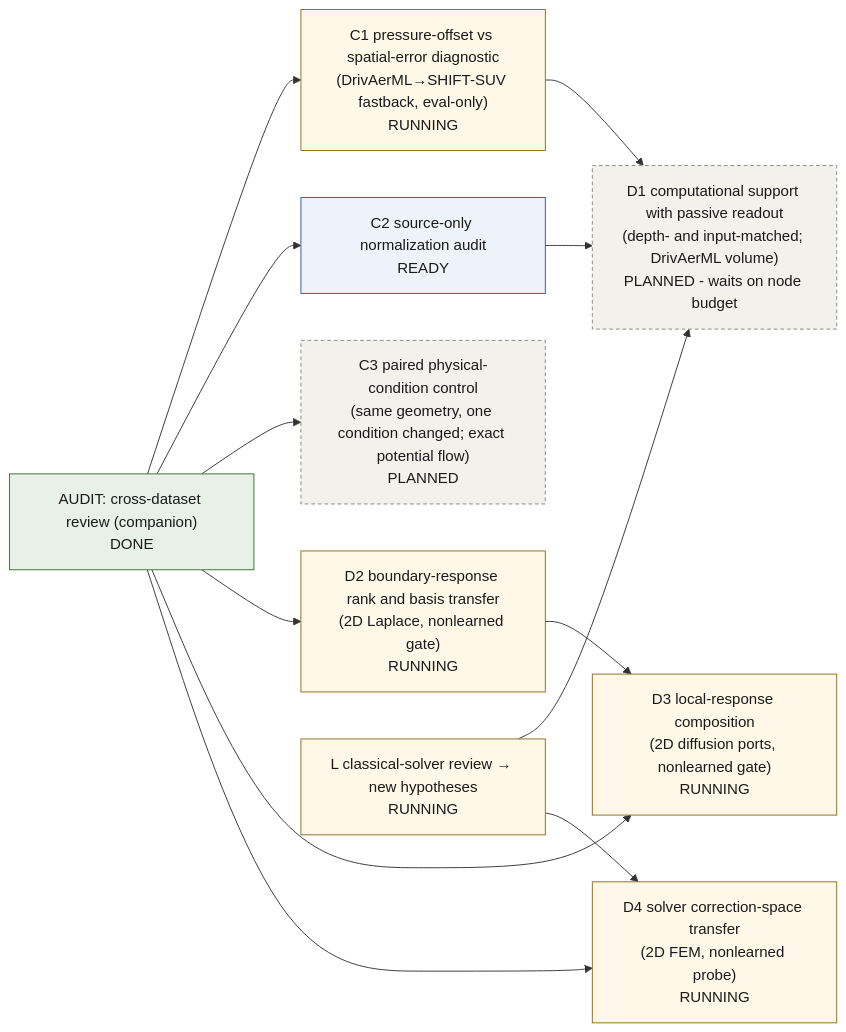
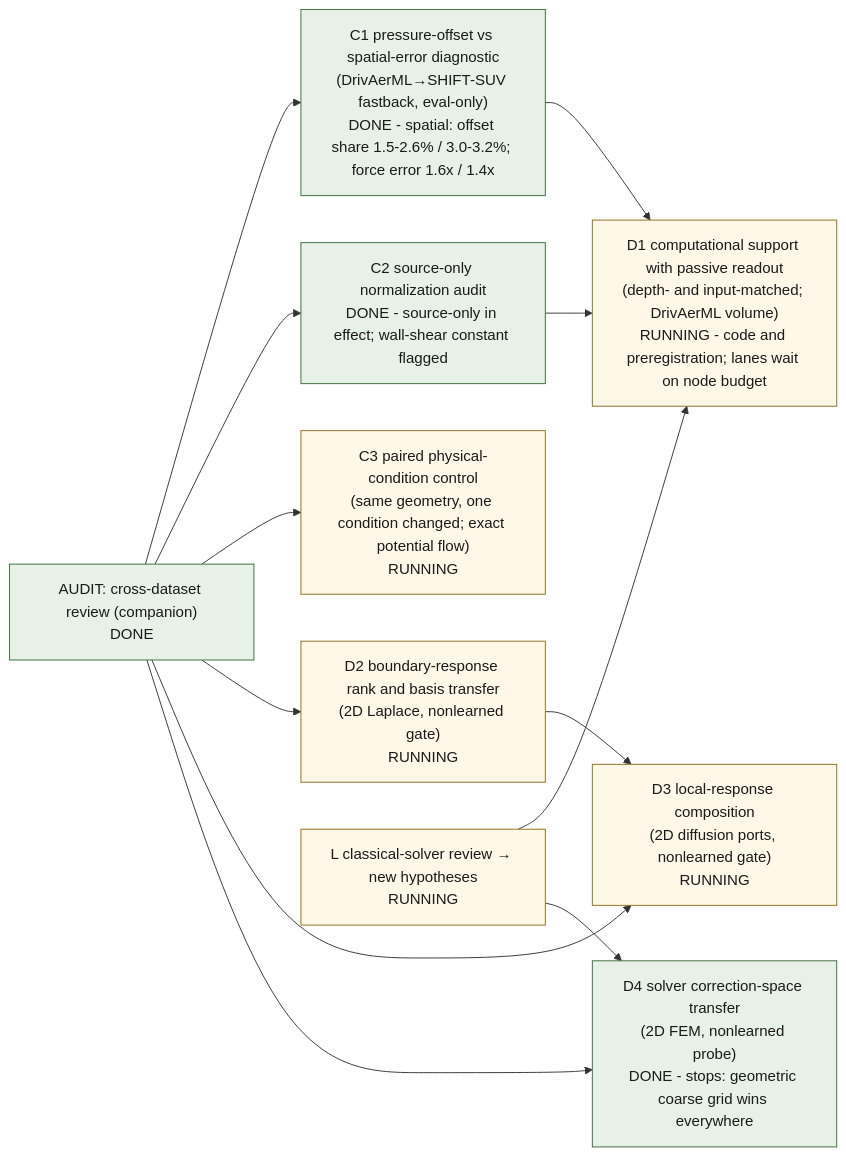
One commit to peterdsharpe/modulus changed the diagram in examples/cfd/mesh_transformer/research/transfer_program/index.qmd. Above: the diagram before and after it, drawn with Mermaid. The commit also changed other lines of this file and 5 other files, not shown here.

Commit message:
Transfer program: C1 spatial verdict (offset closed), C2 normalization audit, D4 solver-space chapter, classical-solver review chapter

````diff
--- a/examples/cfd/mesh_transformer/research/transfer_program/index.qmd
+++ b/examples/cfd/mesh_transformer/research/transfer_program/index.qmd
@@ -36,27 +36,27 @@
 ```{mermaid}
 flowchart LR
   classDef done fill:#e8f1e8,stroke:#3a6b3a,color:#1a1a1a
   classDef running fill:#fff8e8,stroke:#8a6d1a,color:#1a1a1a
   classDef ready fill:#eef3fb,stroke:#2a5ba8,color:#1a1a1a
   classDef planned fill:#f2f1ec,stroke:#898781,color:#1a1a1a,stroke-dasharray:4 3
   AUDIT["AUDIT: cross-dataset review (companion)<br/>DONE"]:::done
-  POFF["C1 pressure-offset vs spatial-error diagnostic<br/>(DrivAerML→SHIFT-SUV fastback, eval-only)<br/>RUNNING"]:::running
-  SNORM["C2 source-only normalization audit<br/>READY"]:::ready
-  PAIR["C3 paired physical-condition control<br/>(same geometry, one condition changed; exact potential flow)<br/>PLANNED"]:::planned
-  SUPP["D1 computational support with passive readout<br/>(depth- and input-matched; DrivAerML volume)<br/>PLANNED - waits on node budget"]:::planned
+  POFF["C1 pressure-offset vs spatial-error diagnostic<br/>(DrivAerML→SHIFT-SUV fastback, eval-only)<br/>DONE - spatial: offset share 1.5-2.6% / 3.0-3.2%; force error 1.6x / 1.4x"]:::done
+  SNORM["C2 source-only normalization audit<br/>DONE - source-only in effect; wall-shear constant flagged"]:::done
+  PAIR["C3 paired physical-condition control<br/>(same geometry, one condition changed; exact potential flow)<br/>RUNNING"]:::running
+  SUPP["D1 computational support with passive readout<br/>(depth- and input-matched; DrivAerML volume)<br/>RUNNING - code and preregistration; lanes wait on node budget"]:::running
   RESP["D2 boundary-response rank and basis transfer<br/>(2D Laplace, nonlearned gate)<br/>RUNNING"]:::running
   COMP["D3 local-response composition<br/>(2D diffusion ports, nonlearned gate)<br/>RUNNING"]:::running
-  SOLV["D4 solver correction-space transfer<br/>(2D FEM, nonlearned probe)<br/>RUNNING"]:::running
+  SOLV["D4 solver correction-space transfer<br/>(2D FEM, nonlearned probe)<br/>DONE - stops: geometric coarse grid wins everywhere"]:::done
   CLASS["L classical-solver review → new hypotheses<br/>RUNNING"]:::running
   AUDIT --> POFF
   AUDIT --> SNORM
   AUDIT --> PAIR
   POFF --> SUPP
   SNORM --> SUPP
   AUDIT --> RESP
   AUDIT --> COMP
   AUDIT --> SOLV
   RESP --> COMP
   CLASS --> SUPP
   CLASS --> SOLV
 ```
````
